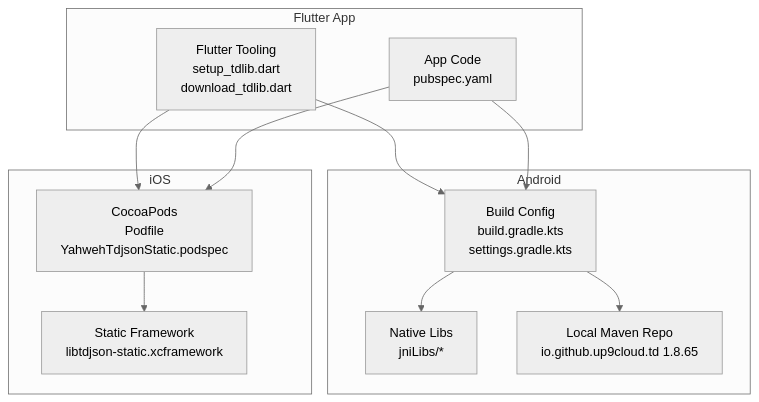
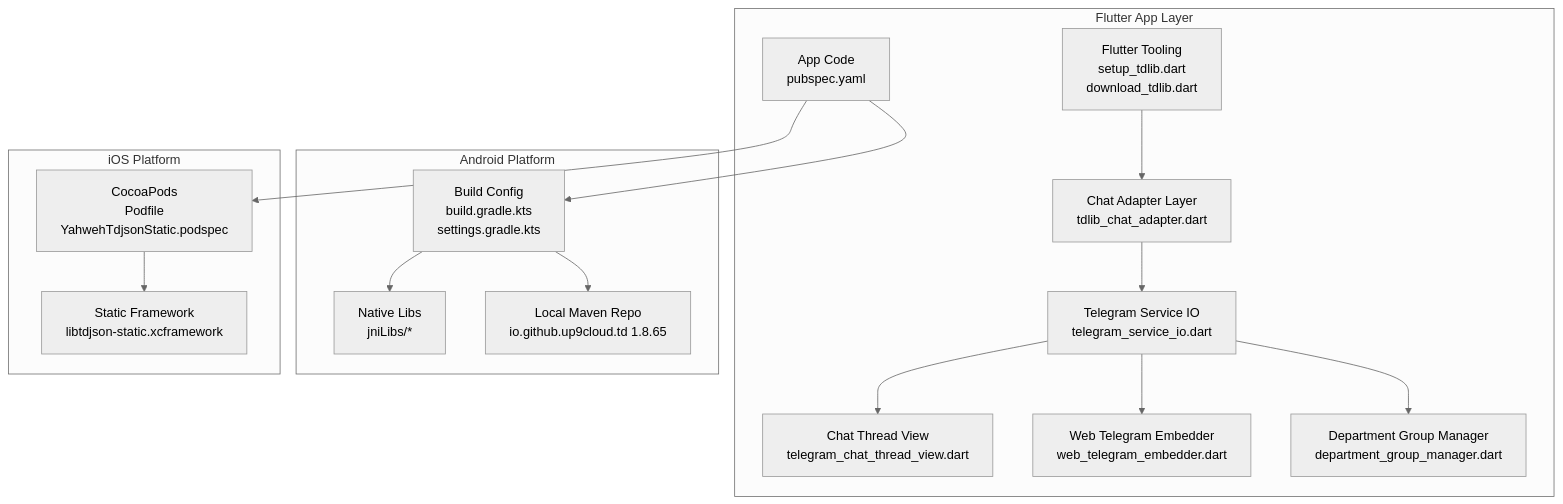
Before and after one commit to raihom-netizen/com.gestaoyahwehios.app: the first of 8 diagrams in .qoder/repowiki/en/content/Chat System/Telegram Integration (TDLIB).md, drawn with Mermaid (neutral theme). The commit also changed other lines of this file and 504 other files, not shown here.

Commit message:
chore: deploy completo producao 11.2.305+2138/2139 - deep-links, chat badges, TDLib, Functions, web

````diff
--- a/.qoder/repowiki/en/content/Chat System/Telegram Integration (TDLIB).md
+++ b/.qoder/repowiki/en/content/Chat System/Telegram Integration (TDLIB).md
@@ -46,23 +65,31 @@
 ```mermaid
 graph TB
-subgraph "Flutter App"
+subgraph "Flutter App Layer"
 A["Flutter Tooling<br/>setup_tdlib.dart<br/>download_tdlib.dart"]
 B["App Code<br/>pubspec.yaml"]
+C["Chat Adapter Layer<br/>tdlib_chat_adapter.dart"]
+D["Telegram Service IO<br/>telegram_service_io.dart"]
+E["Chat Thread View<br/>telegram_chat_thread_view.dart"]
+F["Web Telegram Embedder<br/>web_telegram_embedder.dart"]
+G["Department Group Manager<br/>department_group_manager.dart"]
 end
-subgraph "Android"
-C["Build Config<br/>build.gradle.kts<br/>settings.gradle.kts"]
-D["Native Libs<br/>jniLibs/*"]
-E["Local Maven Repo<br/>io.github.up9cloud.td 1.8.65"]
+subgraph "Android Platform"
+H["Build Config<br/>build.gradle.kts<br/>settings.gradle.kts"]
+I["Native Libs<br/>jniLibs/*"]
+J["Local Maven Repo<br/>io.github.up9cloud.td 1.8.65"]
 end
-subgraph "iOS"
-F["CocoaPods<br/>Podfile<br/>YahwehTdjsonStatic.podspec"]
-G["Static Framework<br/>libtdjson-static.xcframework"]
+subgraph "iOS Platform"
+K["CocoaPods<br/>Podfile<br/>YahwehTdjsonStatic.podspec"]
+L["Static Framework<br/>libtdjson-static.xcframework"]
 end
 A --> C
-A --> F
-B --> C
-B --> F
 C --> D
-C --> E
-F --> G
+D --> E
+D --> F
+D --> G
+B --> H
+B --> K
+H --> I
+H --> J
+K --> L
 ```
````
